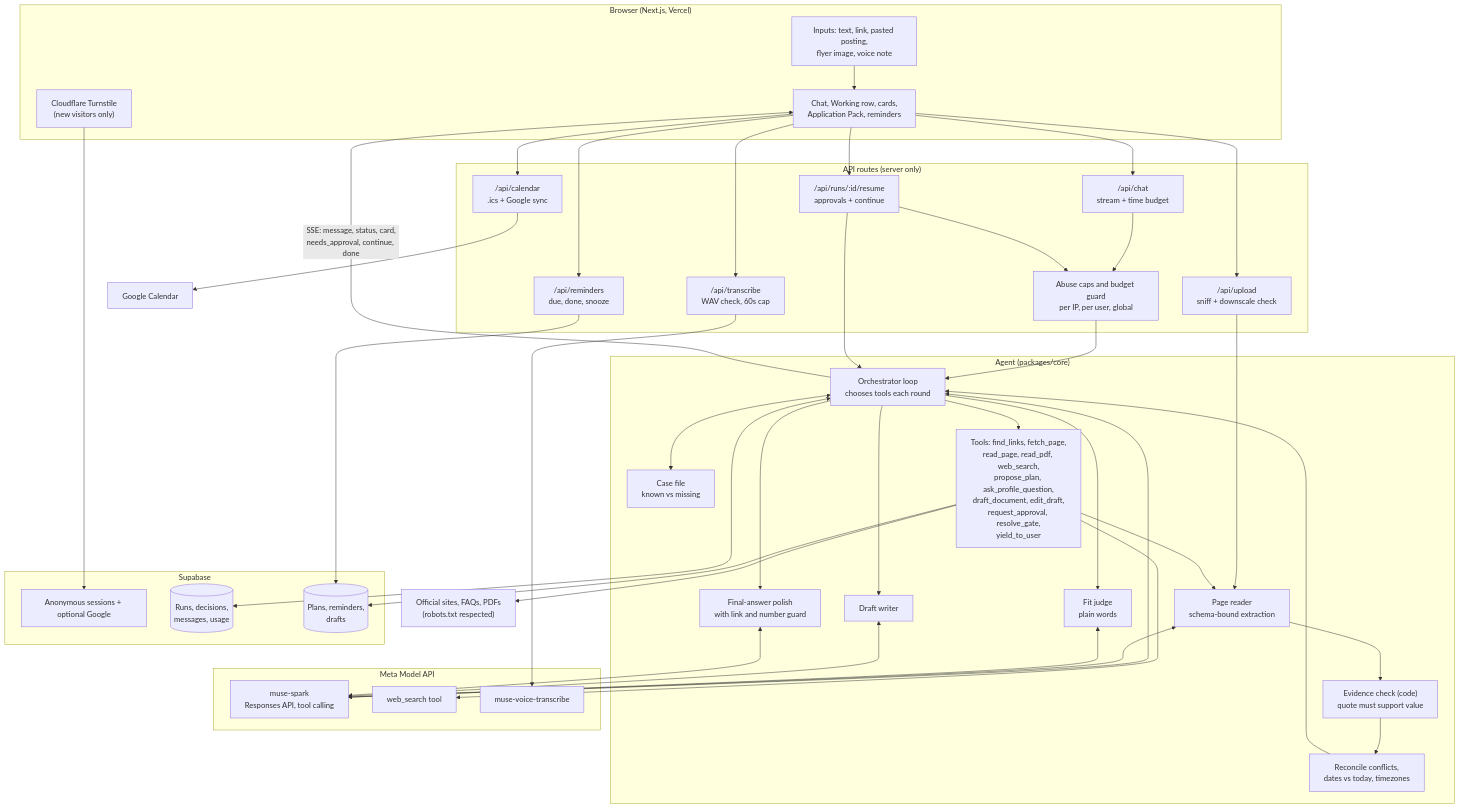
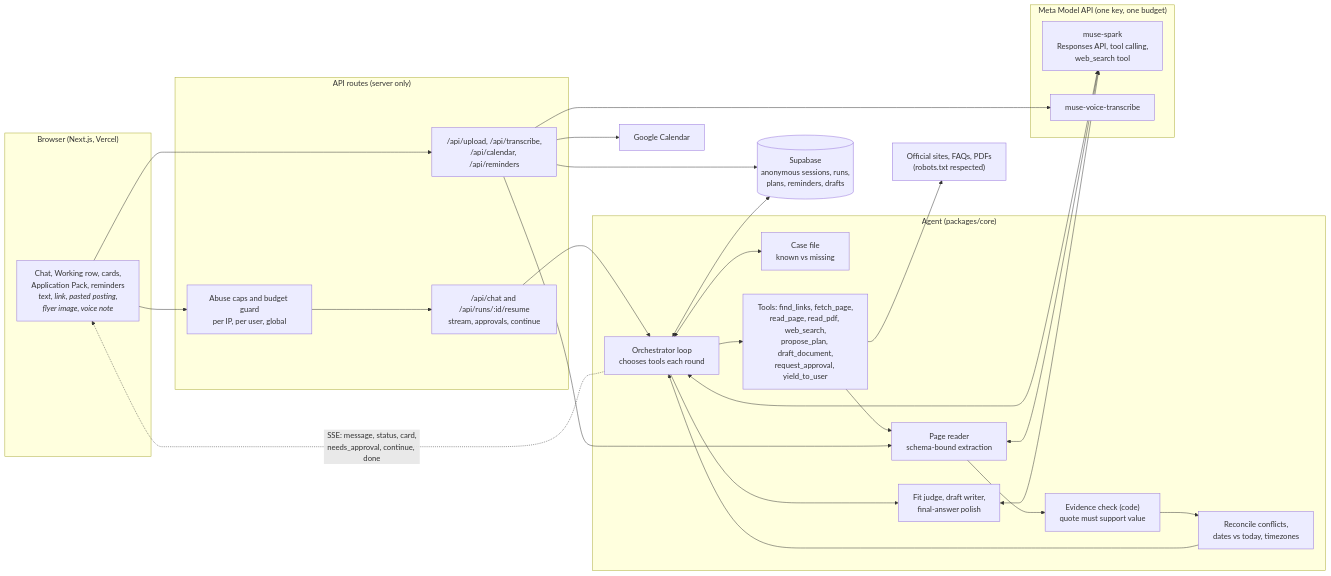
Before and after one commit to olamidefasogbon/mizzou: the first of 6 diagrams in README.md, drawn with Mermaid. The commit also changed other lines of this file and 6 other files, not shown here.

First line of the commit message:
README: embed pre-rendered diagram images (mermaid source kept in collapsible sections), redraw architecture diagram cleaner

````diff
--- a/README.md
+++ b/README.md
@@ -25,76 +30,48 @@
 ```mermaid
-flowchart TB
+flowchart LR
   subgraph Client ["Browser (Next.js, Vercel)"]
-    UI["Chat, Working row, cards,<br/>Application Pack, reminders"]
-    IN["Inputs: text, link, pasted posting,<br/>flyer image, voice note"]
-    TS["Cloudflare Turnstile<br/>(new visitors only)"]
+    UI["Chat, Working row, cards,<br/>Application Pack, reminders<br/><i>text, link, pasted posting,<br/>flyer image, voice note</i>"]
   end
 
   subgraph API ["API routes (server only)"]
-    CH["/api/chat<br/>stream + time budget"]
-    RS["/api/runs/:id/resume<br/>approvals + continue"]
-    UP["/api/upload<br/>sniff + downscale check"]
-    TR["/api/transcribe<br/>WAV check, 60s cap"]
-    CAL["/api/calendar<br/>.ics + Google sync"]
-    REM["/api/reminders<br/>due, done, snooze"]
-    CAP["Abuse caps and budget guard<br/>per IP, per user, global"]
+    GUARD["Abuse caps and budget guard<br/>per IP, per user, global"]
+    CHAT["/api/chat and /api/runs/:id/resume<br/>stream, approvals, continue"]
+    SIDE["/api/upload, /api/transcribe,<br/>/api/calendar, /api/reminders"]
   end
 
   subgraph Agent ["Agent (packages/core)"]
     ORCH["Orchestrator loop<br/>chooses tools each round"]
     CASE["Case file<br/>known vs missing"]
-    TOOLS["Tools: find_links, fetch_page,<br/>read_page, read_pdf, web_search,<br/>propose_plan, ask_profile_question,<br/>draft_document, edit_draft,<br/>request_approval, resolve_gate,<br/>yield_to_user"]
+    TOOLS["Tools: find_links, fetch_page,<br/>read_page, read_pdf, web_search,<br/>propose_plan, draft_document,<br/>request_approval, yield_to_user"]
     READ["Page reader<br/>schema-bound extraction"]
     EVID["Evidence check (code)<br/>quote must support value"]
     REC["Reconcile conflicts,<br/>dates vs today, timezones"]
-    FIT["Fit judge<br/>plain words"]
-    WRITE["Draft writer"]
-    POL["Final-answer polish<br/>with link and number guard"]
+    OUT["Fit judge, draft writer,<br/>final-answer polish"]
   end
 
-  subgraph Muse ["Meta Model API"]
-    SPARK["muse-spark<br/>Responses API, tool calling"]
-    SEARCH["web_search tool"]
+  subgraph Muse ["Meta Model API (one key, one budget)"]
+    SPARK["muse-spark<br/>Responses API, tool calling,<br/>web_search tool"]
     VOICE["muse-voice-transcribe"]
   end
 
-  subgraph Data ["Supabase"]
-    SESS["Anonymous sessions + optional Google"]
-    RUNS[("Runs, decisions,<br/>messages, usage")]
-    PLANS[("Plans, reminders,<br/>drafts")]
-  end
-
   WEB["Official sites, FAQs, PDFs<br/>(robots.txt respected)"]
+  DB[("Supabase<br/>anonymous sessions, runs,<br/>plans, reminders, drafts")]
   GCAL["Google Calendar"]
 
-  TS --> SESS
-  IN --> UI
-  UI --> CH
-  UI --> RS
-  UI --> UP
-  UI --> TR
-  CH --> CAP --> ORCH
-  RS --> CAP
-  RS --> ORCH
-  UP --> READ
-  TR --> VOICE
+  UI --> GUARD --> CHAT --> ORCH
+  ORCH -. "SSE: message, status, card,<br/>needs_approval, continue, done" .-> UI
   ORCH <--> CASE
   ORCH --> TOOLS
   TOOLS --> WEB
-  TOOLS --> SEARCH
-  TOOLS --> READ
-  READ --> EVID --> REC --> ORCH
-  ORCH --> FIT
-  ORCH --> WRITE
-  ORCH --> POL
+  TOOLS --> READ --> EVID --> REC --> ORCH
+  ORCH --> OUT
   ORCH <--> SPARK
   READ <--> SPARK
-  FIT <--> SPARK
-  WRITE <--> SPARK
-  POL <--> SPARK
-  ORCH <--> RUNS
-  TOOLS --> PLANS
-  UI --> CAL --> GCAL
-  UI --> REM --> PLANS
-  ORCH -- "SSE: message, status, card,<br/>needs_approval, continue, done" --> UI
+  OUT <--> SPARK
+  ORCH <--> DB
+  UI --> SIDE
+  SIDE --> READ
+  SIDE --> VOICE
+  SIDE --> GCAL
+  SIDE --> DB
 ```
````
